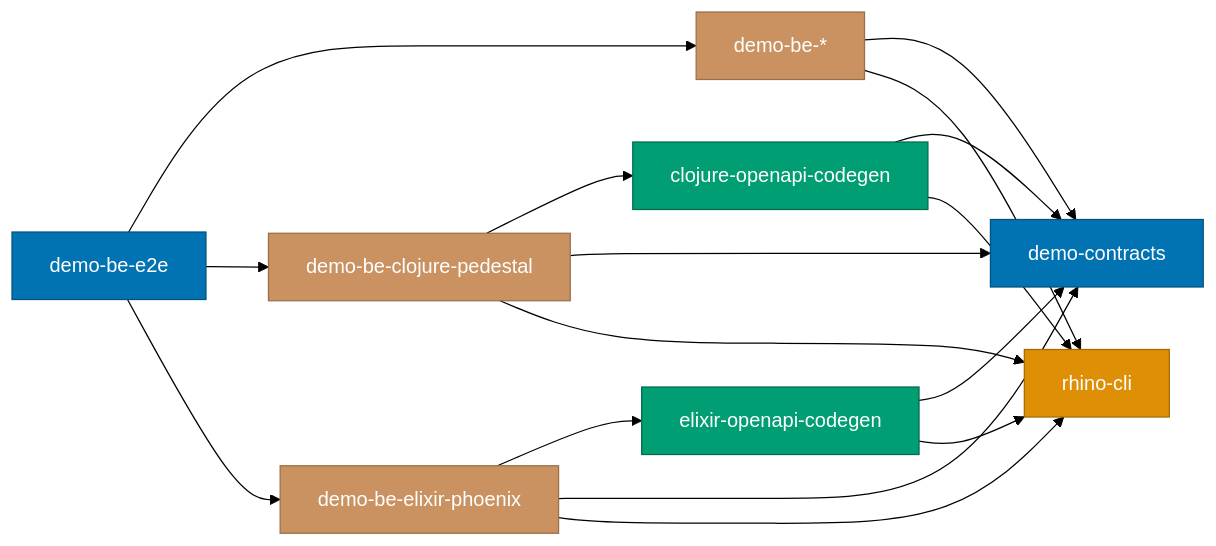
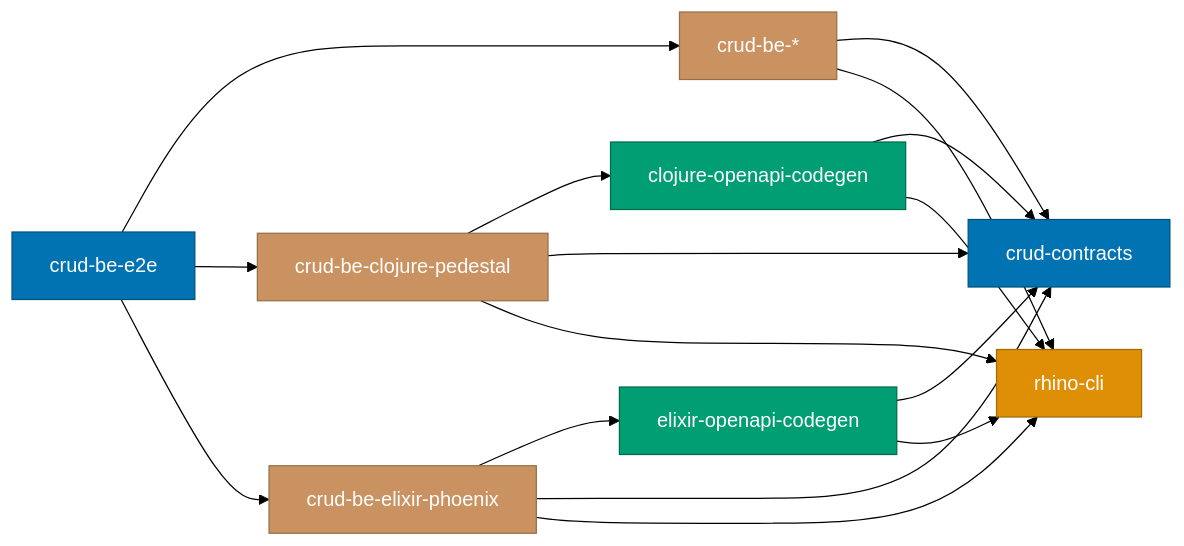
One commit to wahidyankf/ose-primer changed the second of 3 diagrams in docs/reference/project-dependency-graph.md. Above: the diagram before and after it, drawn with Mermaid (forest theme). The commit also changed other lines of this file and 2260 other files, not shown here.

First line of the commit message:
refactor(apps): rename demo-* to crud-* to clarify CRUD family scope

````diff
--- a/docs/reference/project-dependency-graph.md
+++ b/docs/reference/project-dependency-graph.md
@@ -82,33 +82,33 @@
 ```mermaid
 graph LR
-  BEE2E[demo-be-e2e]:::e2e
-  BE[demo-be-*]:::backend
-  CLOJURE[demo-be-clojure-pedestal]:::backend
+  BEE2E[crud-be-e2e]:::e2e
+  BE[crud-be-*]:::backend
+  CLOJURE[crud-be-clojure-pedestal]:::backend
   COC[clojure-openapi-codegen]:::lib
-  ELIXIR[demo-be-elixir-phoenix]:::backend
+  ELIXIR[crud-be-elixir-phoenix]:::backend
   EOC[elixir-openapi-codegen]:::lib
   RC[rhino-cli]:::cli
-  DC[demo-contracts]:::spec
+  DC[crud-contracts]:::spec
 
   BEE2E --> BE
   BEE2E --> CLOJURE
   BEE2E --> ELIXIR
   BE --> DC
   BE --> RC
   CLOJURE --> COC
   CLOJURE --> DC
   CLOJURE --> RC
   ELIXIR --> EOC
   ELIXIR --> DC
   ELIXIR --> RC
   COC --> DC
   COC --> RC
   EOC --> DC
   EOC --> RC
 
   classDef spec fill:#0173B2,stroke:#01537F,color:#FFFFFF
   classDef lib fill:#029E73,stroke:#016B4E,color:#FFFFFF
   classDef cli fill:#DE8F05,stroke:#A56A04,color:#FFFFFF
   classDef backend fill:#CA9161,stroke:#977048,color:#FFFFFF
   classDef e2e fill:#0173B2,stroke:#01537F,color:#FFFFFF
 ```
````
